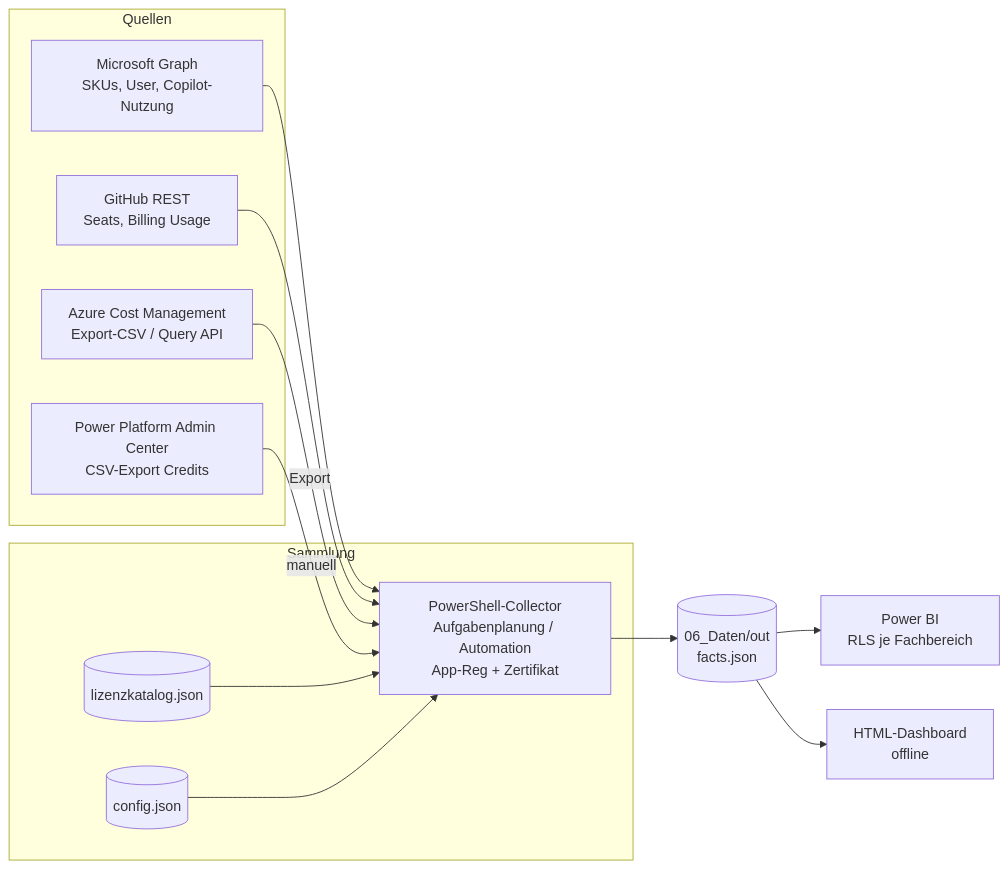
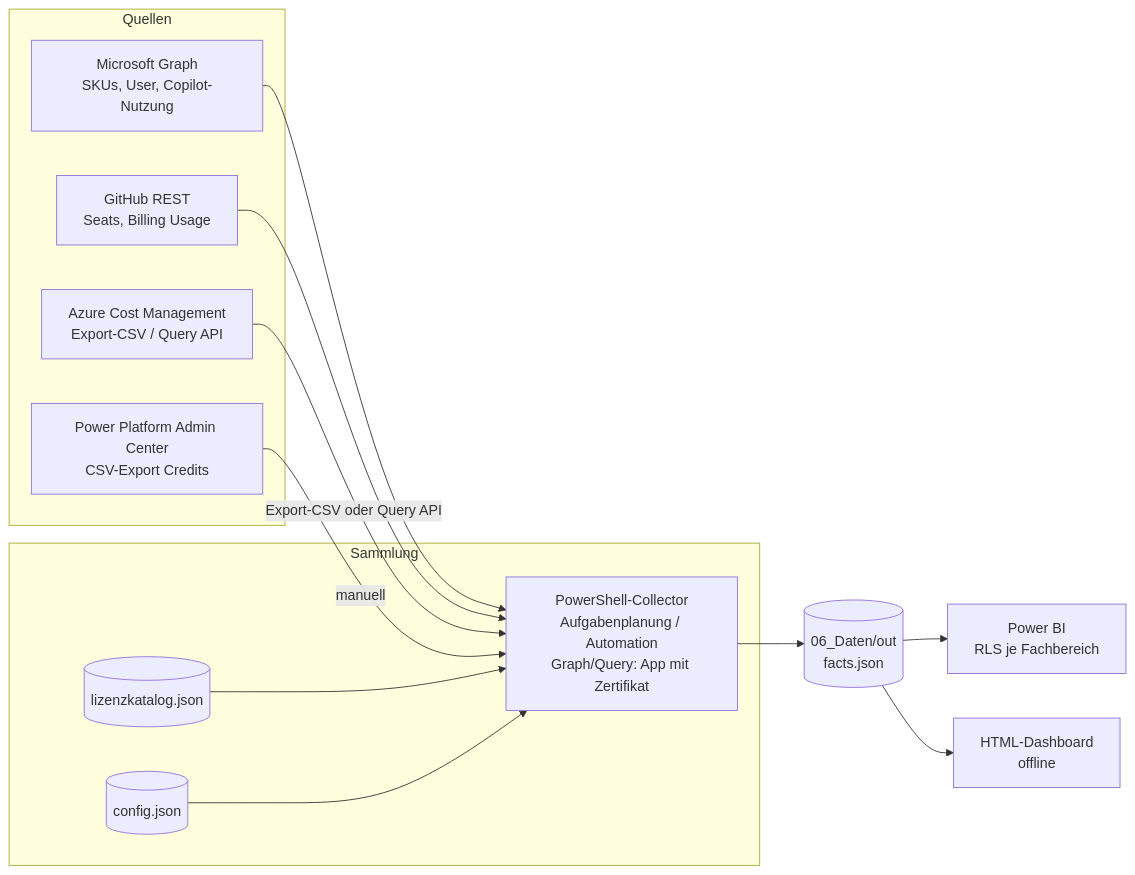
One commit to d3werk/sharepoint-webpart changed the diagram in Copilot-FinOps/01_Dokumentation/02_Konzept.md. Above: the diagram before and after it, drawn with Mermaid. The commit also changed other lines of this file and 26 other files, not shown here.

````diff
--- a/Copilot-FinOps/01_Dokumentation/02_Konzept.md
+++ b/Copilot-FinOps/01_Dokumentation/02_Konzept.md
@@ -24,22 +24,22 @@
 ```mermaid
 flowchart LR
   subgraph Quellen
     G[Microsoft Graph<br/>SKUs, User, Copilot-Nutzung]
     A[Azure Cost Management<br/>Export-CSV / Query API]
     P[Power Platform Admin Center<br/>CSV-Export Credits]
     H[GitHub REST<br/>Seats, Billing Usage]
   end
   subgraph Sammlung
-    C[PowerShell-Collector<br/>Aufgabenplanung / Automation<br/>App-Reg + Zertifikat]
+    C[PowerShell-Collector<br/>Aufgabenplanung / Automation<br/>Graph/Query: App mit Zertifikat]
     K[(lizenzkatalog.json)]
     CF[(config.json)]
   end
   S[(06_Daten/out<br/>facts.json)]
   G & H --> C
-  A -- Export --> C
+  A -- Export-CSV oder Query API --> C
   P -- manuell --> C
   K & CF --> C
   C --> S
   S --> PBI[Power BI<br/>RLS je Fachbereich]
   S --> WEB[HTML-Dashboard<br/>offline]
 ```
````
